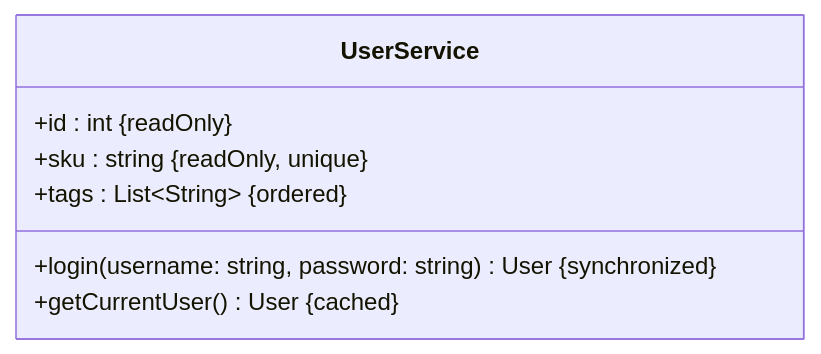
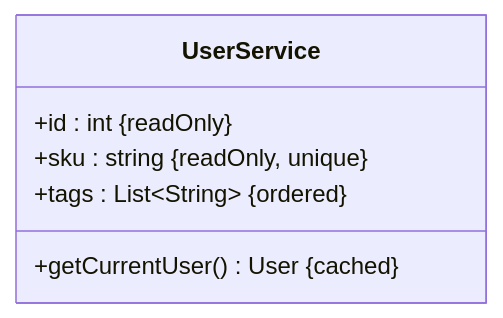
One commit to kbjorklid/claude-doctools-marketplace changed diagram 16 of 21 in plugins/mermaid-diagrams/skills/mermaid/ADVANCED_CLASS_DIAGRAMS.md. Above: the diagram before and after it, drawn with Mermaid. The commit also changed other lines of this file, not shown here.

````diff
--- a/plugins/mermaid-diagrams/skills/mermaid/ADVANCED_CLASS_DIAGRAMS.md
+++ b/plugins/mermaid-diagrams/skills/mermaid/ADVANCED_CLASS_DIAGRAMS.md
@@ -299,10 +299,9 @@
 ```mermaid
 classDiagram
 class UserService {
     +id : int #123;readOnly#125;
     +sku : string #123;readOnly, unique#125;
     +tags : List~String~ #123;ordered#125;
-    +login(username: string, password: string) User #123;synchronized#125;
     +getCurrentUser() User #123;cached#125;
 }
 ```
````
